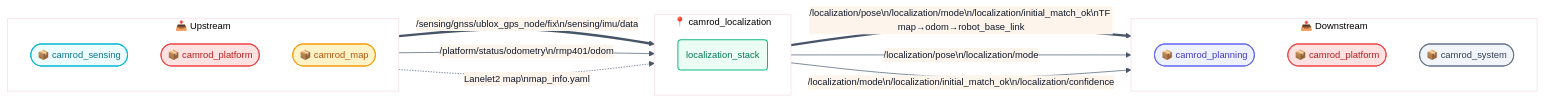
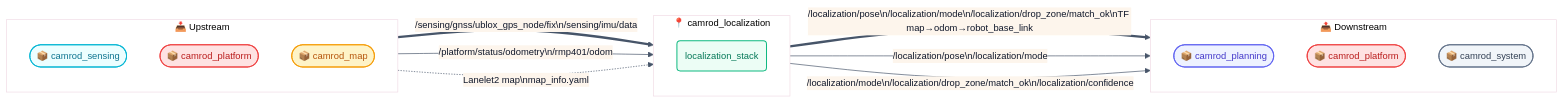
Before and after one commit to hwanhonglee/CAMROD: the first of 4 diagrams in camrod_localization/README.md, drawn with Mermaid. The commit also changed other lines of this file and 67 other files, not shown here.

````diff
--- a/camrod_localization/README.md
+++ b/camrod_localization/README.md
@@ -42,45 +44,45 @@
 ```mermaid
 %%{init: {'theme': 'base', 'themeVariables': {'fontFamily': 'ui-sans-serif, system-ui, sans-serif', 'fontSize': '14px', 'primaryColor': '#ECFDF5', 'primaryTextColor': '#0F172A', 'primaryBorderColor': '#10B981', 'lineColor': '#475569'}, 'flowchart': {'curve': 'basis', 'htmlLabels': true, 'padding': 12}}}%%
 graph LR
   classDef sensing      fill:#ECFEFF,stroke:#06B6D4,stroke-width:1.5px,color:#0E7490;
   classDef localization fill:#ECFDF5,stroke:#10B981,stroke-width:1.5px,color:#047857;
   classDef mapping      fill:#FEF3C7,stroke:#F59E0B,stroke-width:1.5px,color:#B45309;
   classDef planning     fill:#EEF2FF,stroke:#6366F1,stroke-width:1.5px,color:#4338CA;
   classDef platform     fill:#FEE2E2,stroke:#EF4444,stroke-width:1.5px,color:#B91C1C;
   classDef system       fill:#F1F5F9,stroke:#64748B,stroke-width:1.5px,color:#334155;
   classDef topic        fill:#F8FAFC,stroke:#94A3B8,stroke-width:1px,color:#475569,font-style:italic;
 
   subgraph UP ["📥 Upstream"]
     direction TB
     SENS([📦 camrod_sensing])
     PLAT([📦 camrod_platform])
     MAP([📦 camrod_map])
   end
 
   subgraph LOC_PKG ["📍 camrod_localization"]
     direction TB
     LOC(localization_stack)
   end
 
   subgraph DOWN ["📤 Downstream"]
     direction TB
     PLAN([📦 camrod_planning])
     PPLAT([📦 camrod_platform])
     SYS([📦 camrod_system])
   end
 
   SENS ==>|"`/sensing/gnss/ublox_gps_node/fix\n/sensing/imu/data`"| LOC
   PLAT -->|"`/platform/status/odometry\n/rmp401/odom`"| LOC
   MAP -.->|"`Lanelet2 map\nmap_info.yaml`"| LOC
 
-  LOC ==>|"`/localization/pose\n/localization/mode\n/localization/initial_match_ok\nTF map→odom→robot_base_link`"| PLAN
+  LOC ==>|"`/localization/pose\n/localization/mode\n/localization/drop_zone/match_ok\nTF map→odom→robot_base_link`"| PLAN
   LOC -->|"`/localization/pose\n/localization/mode`"| PPLAT
-  LOC -->|"`/localization/mode\n/localization/initial_match_ok\n/localization/confidence`"| SYS
+  LOC -->|"`/localization/mode\n/localization/drop_zone/match_ok\n/localization/confidence`"| SYS
 
   class SENS sensing
   class PLAT,PPLAT platform
   class MAP mapping
   class LOC localization
   class PLAN planning
   class SYS system
 ```
````
